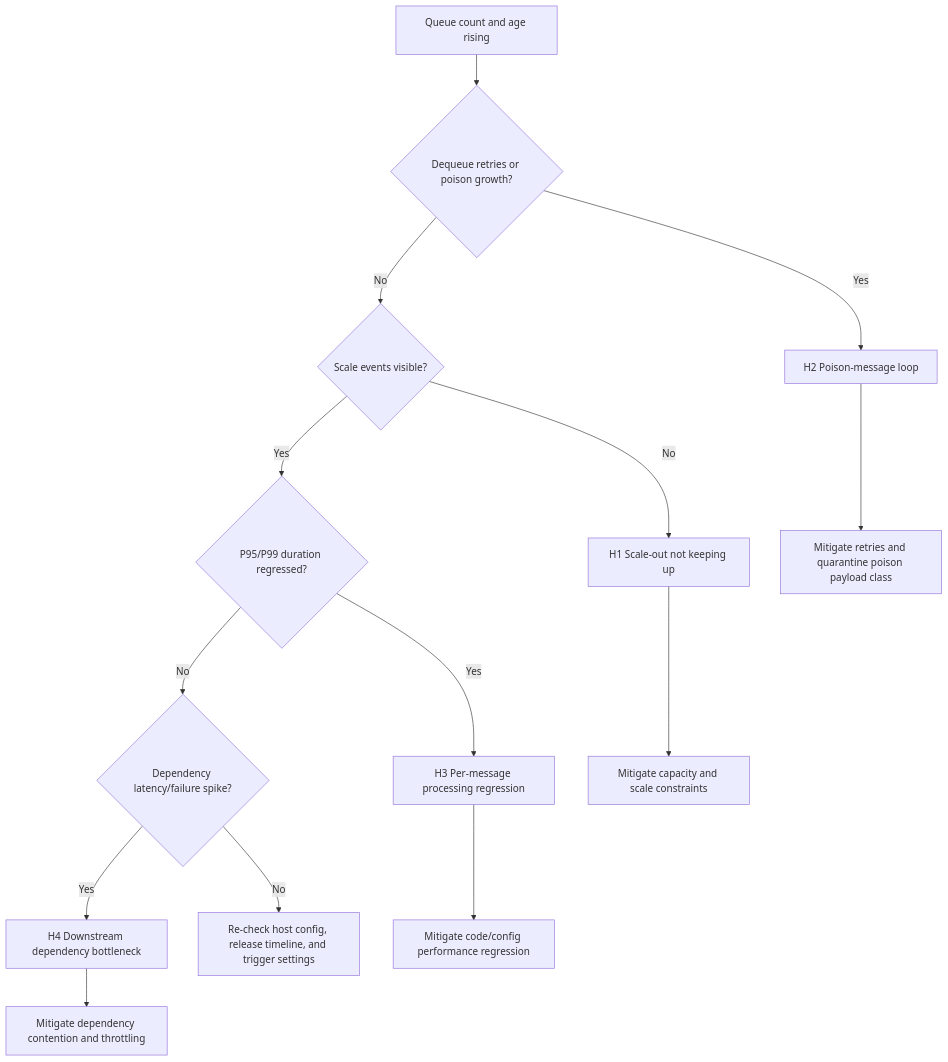
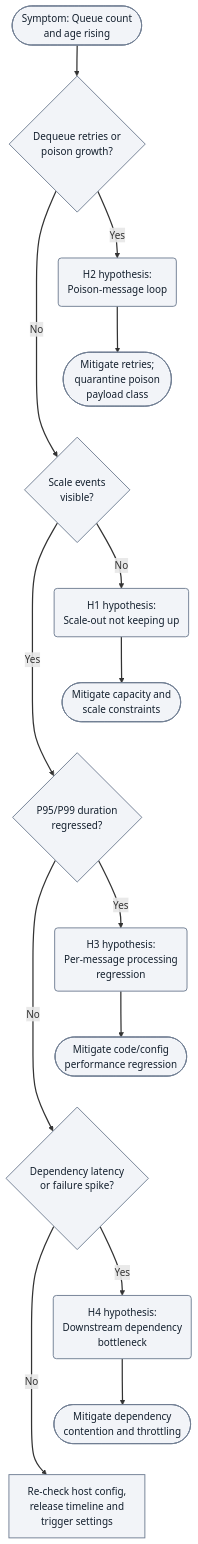
The diagram in docs/troubleshooting/playbooks/queue-piling-up.md (yeongseon/azure-functions-practical-guide), drawn with Mermaid before and after one commit. The commit also changed other lines of this file and 1 other file, not shown here.

Commit message:
docs(diagrams): migrate Queue backlog troubleshooting flow (#405)
* docs(diagrams): clarify queue backlog diagnostic flow

Preserve every diagnostic branch while narrowing the layout and distinguishing evidence checks, hypotheses and mitigation endpoints. Add accessible source metadata and retain the healthy-enqueue assumption.

Refs #273

* docs(diagrams): record queue backlog flow migration

Refresh only the owned diagram record with the canonical inventory encoder; retain baseline and unrelated advisory drift.

Refs #273

* docs(diagrams): clarify queue flow reading key

Clarify the fallback route and document non-semantic layout links; refresh only the owned diagram fingerprint.

Refs #273

---------

````diff
--- a/docs/troubleshooting/playbooks/queue-piling-up.md
+++ b/docs/troubleshooting/playbooks/queue-piling-up.md
@@ -57,16 +57,26 @@
 ```mermaid
 flowchart TD
-    A[Queue count and age rising] --> B{Dequeue retries or poison growth?}
-    B -->|Yes| C[H2 Poison-message loop]
-    B -->|No| D{Scale events visible?}
-    D -->|No| E[H1 Scale-out not keeping up]
-    D -->|Yes| F{"P95/P99 duration regressed?"}
-    F -->|Yes| G[H3 Per-message processing regression]
-    F -->|No| H{"Dependency latency/failure spike?"}
-    H -->|Yes| I[H4 Downstream dependency bottleneck]
-    H -->|No| J[Re-check host config, release timeline, and trigger settings]
-    C --> K[Mitigate retries and quarantine poison payload class]
-    E --> L[Mitigate capacity and scale constraints]
-    G --> M["Mitigate code/config performance regression"]
-    I --> N[Mitigate dependency contention and throttling]
+    accTitle: Queue backlog diagnostic decision flow
+    accDescr: Illustrative diagnostic flow, assuming healthy enqueue. Rising queue count and age leads to retry or poison growth: Yes selects H2 and retry mitigation; No checks scale events. No scale events selects H1 and capacity mitigation; Yes checks P95/P99 regression. Regression selects H3 and performance mitigation; otherwise check dependency latency or failures. A spike selects H4 and dependency mitigation; otherwise re-check host configuration, release timeline and trigger settings. H1-H4 are hypotheses, not confirmed causes; validate and disprove them using the evidence sections below.
+    A(["Symptom: Queue count<br/>and age rising"]) --> B{"Dequeue retries or<br/>poison growth?"}
+    B -->|Yes| C("H2 hypothesis:<br/>Poison-message loop")
+    C --> K(["Mitigate retries;<br/>quarantine poison<br/>payload class"])
+    B -->|No| D{"Scale events<br/>visible?"}
+    %% Layout-only links serialize branches; they add no diagnostic steps or arrows.
+    K ~~~ D
+    D -->|No| E("H1 hypothesis:<br/>Scale-out not keeping up")
+    E --> L(["Mitigate capacity and<br/>scale constraints"])
+    D -->|Yes| F{"P95/P99 duration<br/>regressed?"}
+    L ~~~ F
+    F -->|Yes| G("H3 hypothesis:<br/>Per-message processing<br/>regression")
+    G --> M(["Mitigate code/config<br/>performance regression"])
+    F -->|No| H{"Dependency latency<br/>or failure spike?"}
+    M ~~~ H
+    H -->|Yes| I("H4 hypothesis:<br/>Downstream dependency<br/>bottleneck")
+    I --> N(["Mitigate dependency<br/>contention and throttling"])
+    H -->|No| J["Re-check host config,<br/>release timeline and<br/>trigger settings"]
+    N ~~~ J
+    classDef baseNeutral fill:#f2f4f8,stroke:#707e93,stroke-width:1.5px,color:#14202e;
+    class A,B,C,D,E,F,G,H,I,J,K,L,M,N baseNeutral;
+    linkStyle default stroke-width:2px;
 ```
````
